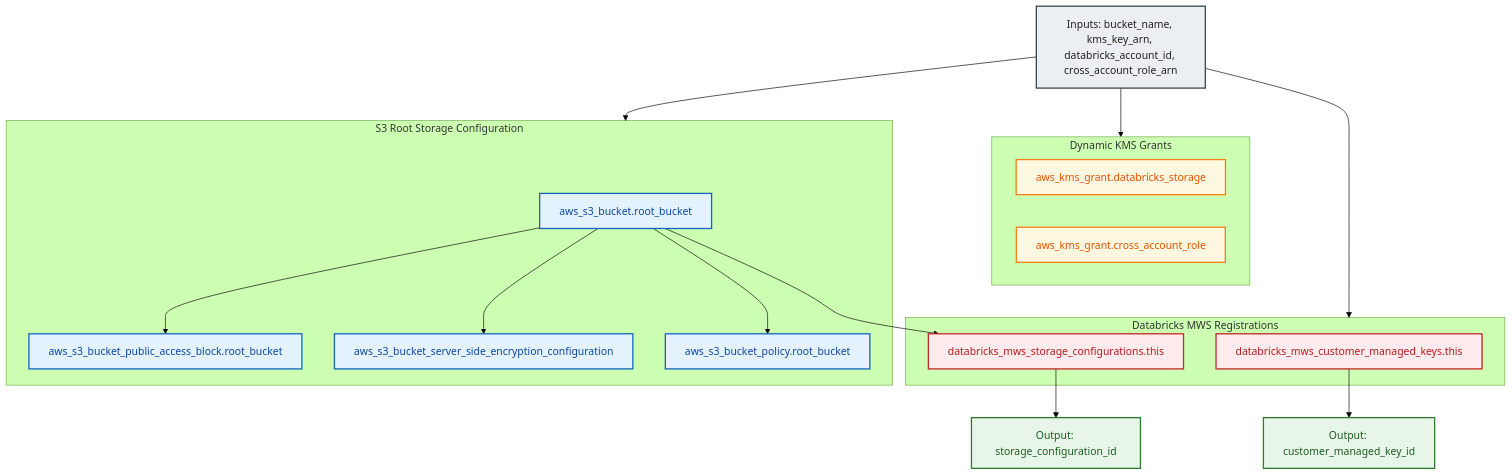
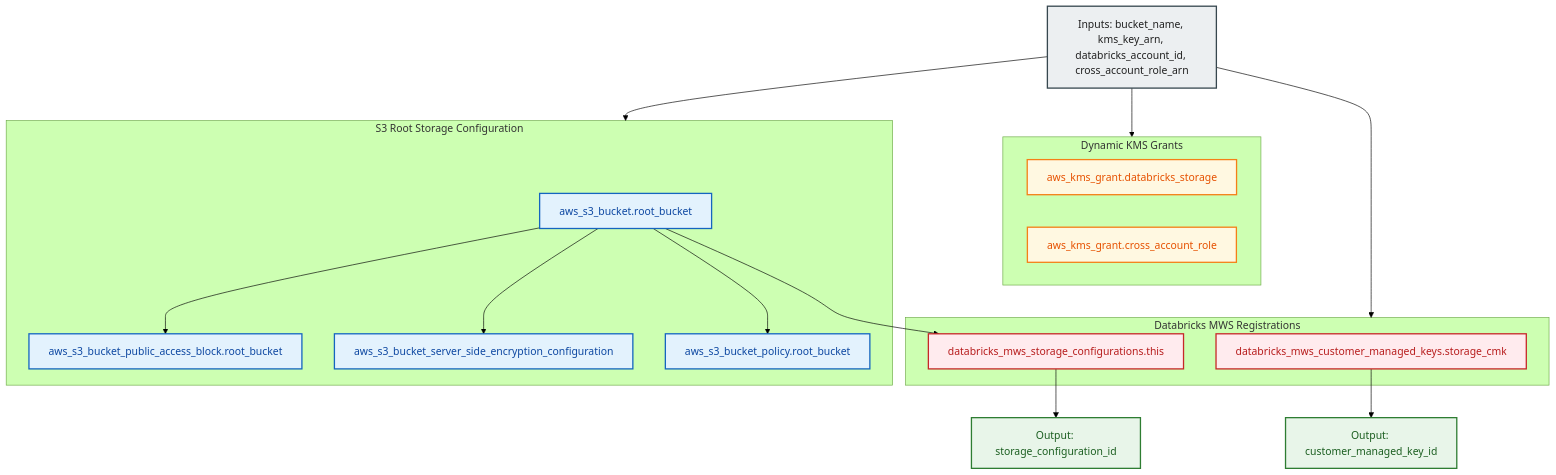
One commit to MikolajSedek/databricks_aws_deployment_03_workspaces_and_compute changed the diagram in modules/03.storage/002.databricks_root_bucket/README.md. Above: the diagram before and after it, drawn with Mermaid (forest theme). The commit also changed other lines of this file and 12 other files, not shown here.

````diff
--- a/modules/03.storage/002.databricks_root_bucket/README.md
+++ b/modules/03.storage/002.databricks_root_bucket/README.md
@@ -64,41 +64,41 @@
 ```mermaid
 flowchart TD
     classDef input fill:#ECEFF1,stroke:#37474F,stroke-width:2px,color:#212121;
     classDef s3 fill:#E3F2FD,stroke:#1565C0,stroke-width:2px,color:#0D47A1;
     classDef kms fill:#FFF8E1,stroke:#F57F17,stroke-width:2px,color:#E65100;
     classDef dbx fill:#FFEBEE,stroke:#C62828,stroke-width:2px,color:#B71C1C;
     classDef out fill:#E8F5E9,stroke:#2E7D32,stroke-width:2px,color:#1B5E20;
 
     Inputs["Inputs: bucket_name, kms_key_arn, databricks_account_id, cross_account_role_arn"]:::input
 
     subgraph AWSS3 ["S3 Root Storage Configuration"]
         Bucket["aws_s3_bucket.root_bucket"]:::s3
         PublicBlock["aws_s3_bucket_public_access_block.root_bucket"]:::s3
         SSEKMS["aws_s3_bucket_server_side_encryption_configuration"]:::s3
         BucketPolicy["aws_s3_bucket_policy.root_bucket"]:::s3
 
         Bucket --> PublicBlock
         Bucket --> SSEKMS
         Bucket --> BucketPolicy
     end
 
     subgraph AWSKMSGrants ["Dynamic KMS Grants"]
         GrantDBX["aws_kms_grant.databricks_storage"]:::kms
         GrantRole["aws_kms_grant.cross_account_role"]:::kms
     end
 
     subgraph MWSRegistration ["Databricks MWS Registrations"]
-        MWS_CMK["databricks_mws_customer_managed_keys.this"]:::dbx
+        MWS_CMK["databricks_mws_customer_managed_keys.storage_cmk"]:::dbx
         MWS_Storage["databricks_mws_storage_configurations.this"]:::dbx
     end
 
     OutStorageID["Output: storage_configuration_id"]:::out
     OutCMKID["Output: customer_managed_key_id"]:::out
 
     Inputs --> AWSS3
     Inputs --> AWSKMSGrants
     Inputs --> MWSRegistration
     Bucket --> MWS_Storage
     MWS_Storage --> OutStorageID
     MWS_CMK --> OutCMKID
 ```
````
